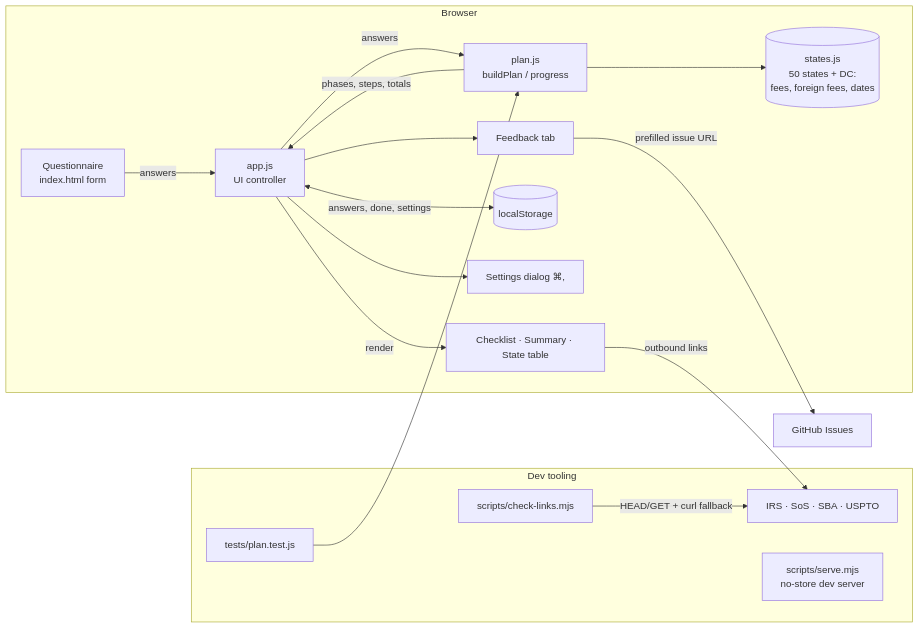
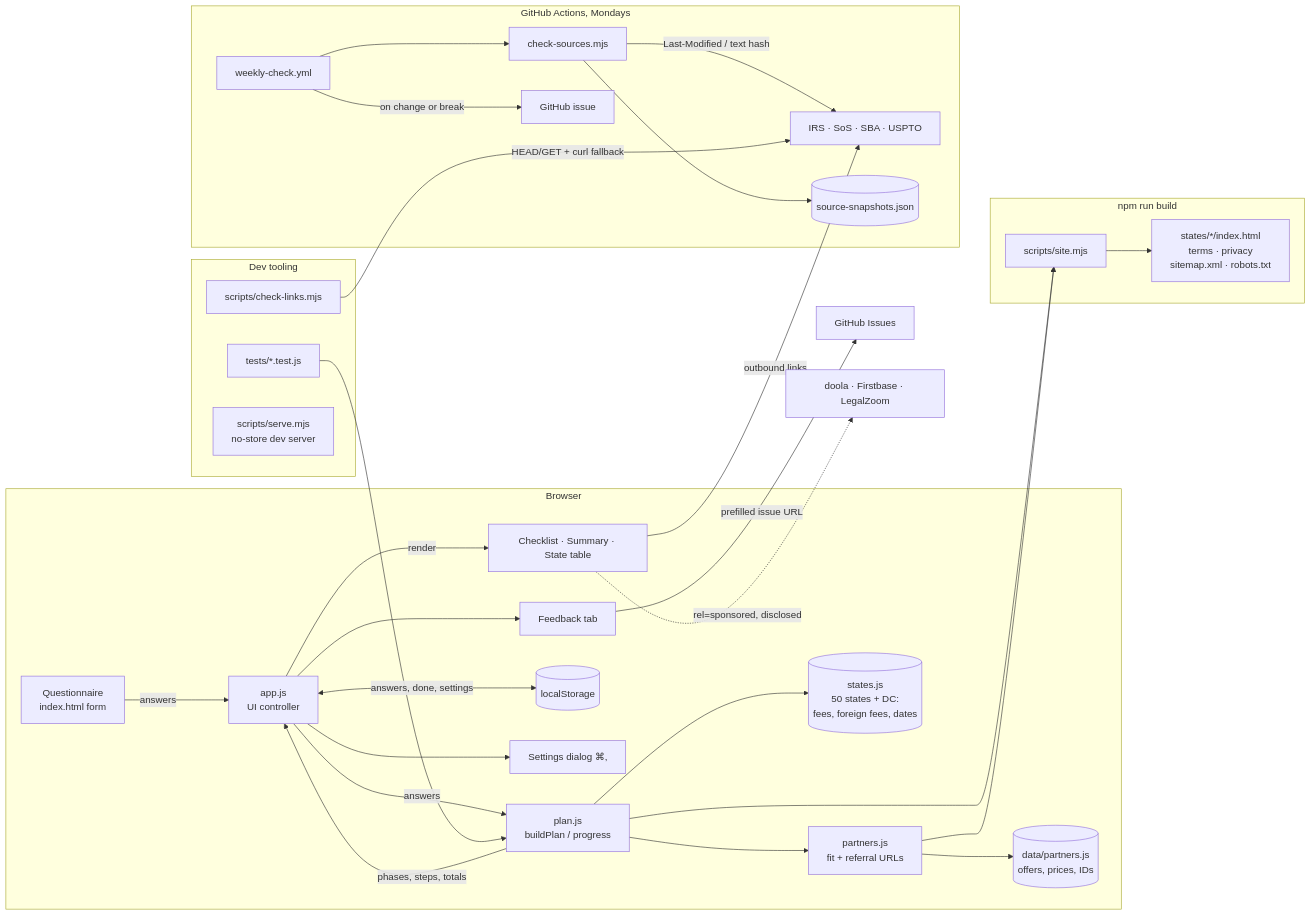
One commit to amalmehta/StartACompany changed the diagram in docs/SYSTEM-DESIGN.md. Above: the diagram before and after it, drawn with Mermaid. The commit also changed other lines of this file and 82 other files, not shown here.

First line of the commit message:
Referral partners, disclosures, state pages and a weekly fee check

````diff
--- a/docs/SYSTEM-DESIGN.md
+++ b/docs/SYSTEM-DESIGN.md
@@ -7,20 +9,33 @@
 ```mermaid
 flowchart LR
     subgraph Browser
         Q[Questionnaire<br/>index.html form] -->|answers| APP[app.js<br/>UI controller]
         APP -->|answers| PLAN[plan.js<br/>buildPlan / progress]
         PLAN --> DATA[(states.js<br/>50 states + DC:<br/>fees, foreign fees, dates)]
+        PLAN --> PART[partners.js<br/>fit + referral URLs]
+        PART --> PCFG[(data/partners.js<br/>offers, prices, IDs)]
         PLAN -->|phases, steps, totals| APP
         APP -->|render| UI[Checklist · Summary · State table]
         APP <-->|answers, done, settings| LS[(localStorage)]
         APP --> SET[Settings dialog ⌘,]
         APP --> FB[Feedback tab]
     end
     FB -->|prefilled issue URL| GH[GitHub Issues]
     UI -->|outbound links| GOV[IRS · SoS · SBA · USPTO]
+    UI -.->|rel=sponsored, disclosed| REF[doola · Firstbase · LegalZoom]
+    subgraph Build[npm run build]
+        SITE[scripts/site.mjs] --> PAGES[states/*/index.html<br/>terms · privacy<br/>sitemap.xml · robots.txt]
+    end
+    PLAN --> SITE
+    PART --> SITE
+    subgraph Weekly[GitHub Actions, Mondays]
+        W[weekly-check.yml] --> CS[check-sources.mjs] -->|Last-Modified / text hash| GOV
+        CS --> SNAP[(source-snapshots.json)]
+        W -->|on change or break| ISSUE[GitHub issue]
+    end
     subgraph Dev tooling
-        T[tests/plan.test.js] --> PLAN
+        T[tests/*.test.js] --> PLAN
         L[scripts/check-links.mjs] -->|HEAD/GET + curl fallback| GOV
         SRV[scripts/serve.mjs<br/>no-store dev server]
     end
 ```
````
